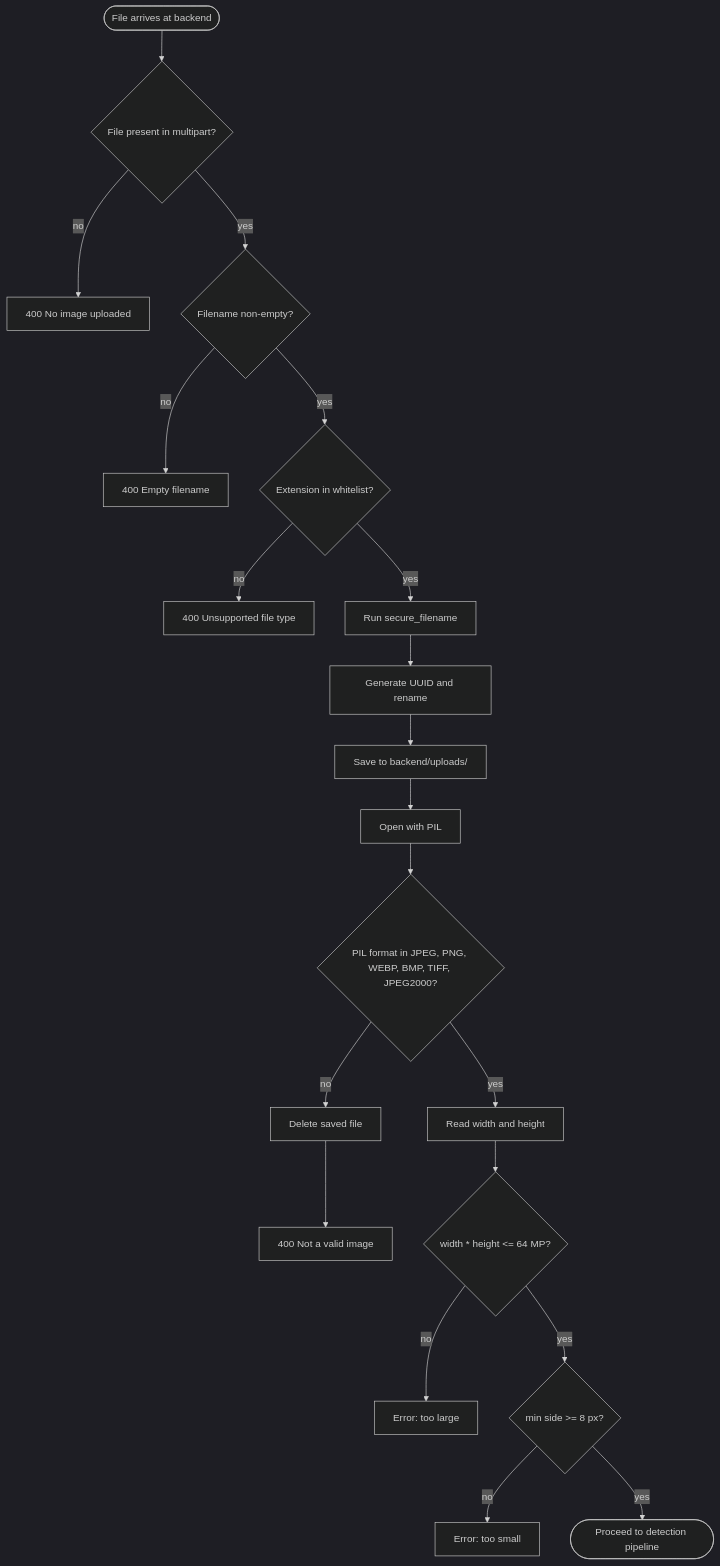
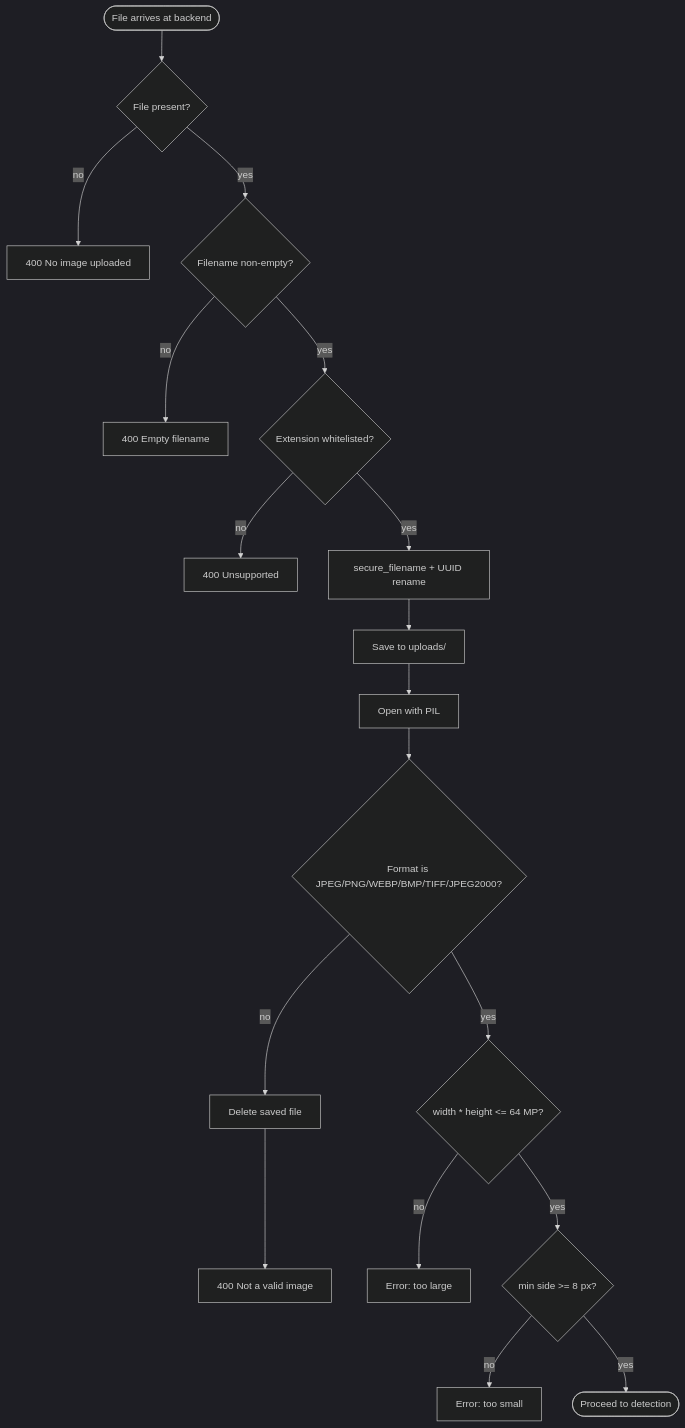
Before and after one commit to M4hdi-7/TrueSight-AI-Image-Detector: the third of 3 diagrams in docs/dissertation/05-analysis.md, drawn with Mermaid (dark theme). The commit also changed other lines of this file and 9 other files, not shown here.

````diff
--- a/docs/dissertation/05-analysis.md
+++ b/docs/dissertation/05-analysis.md
@@ -170,22 +126,20 @@
 ```mermaid
 flowchart TD
-    Start([File arrives at backend]) --> L1{File present in multipart?}
+    Start([File arrives at backend]) --> L1{File present?}
     L1 -->|no| R1[400 No image uploaded]
     L1 -->|yes| L2{Filename non-empty?}
     L2 -->|no| R2[400 Empty filename]
-    L2 -->|yes| L3{Extension in whitelist?}
-    L3 -->|no| R3[400 Unsupported file type]
-    L3 -->|yes| L4[Run secure_filename]
-    L4 --> L5[Generate UUID and rename]
-    L5 --> L6[Save to backend/uploads/]
-    L6 --> L7[Open with PIL]
-    L7 --> L8{PIL format in JPEG, PNG, WEBP, BMP, TIFF, JPEG2000?}
-    L8 -->|no| L8a[Delete saved file]
-    L8a --> R4[400 Not a valid image]
-    L8 -->|yes| L9[Read width and height]
-    L9 --> L10{width * height <= 64 MP?}
-    L10 -->|no| R5[Error: too large]
-    L10 -->|yes| L11{min side >= 8 px?}
-    L11 -->|no| R6[Error: too small]
-    L11 -->|yes| OK([Proceed to detection pipeline])
+    L2 -->|yes| L3{Extension whitelisted?}
+    L3 -->|no| R3[400 Unsupported]
+    L3 -->|yes| L4[secure_filename + UUID rename]
+    L4 --> L5[Save to uploads/]
+    L5 --> L6[Open with PIL]
+    L6 --> L7{Format is JPEG/PNG/WEBP/BMP/TIFF/JPEG2000?}
+    L7 -->|no| L7a[Delete saved file]
+    L7a --> R4[400 Not a valid image]
+    L7 -->|yes| L8{width * height <= 64 MP?}
+    L8 -->|no| R5[Error: too large]
+    L8 -->|yes| L9{min side >= 8 px?}
+    L9 -->|no| R6[Error: too small]
+    L9 -->|yes| OK([Proceed to detection])
 ```
````
